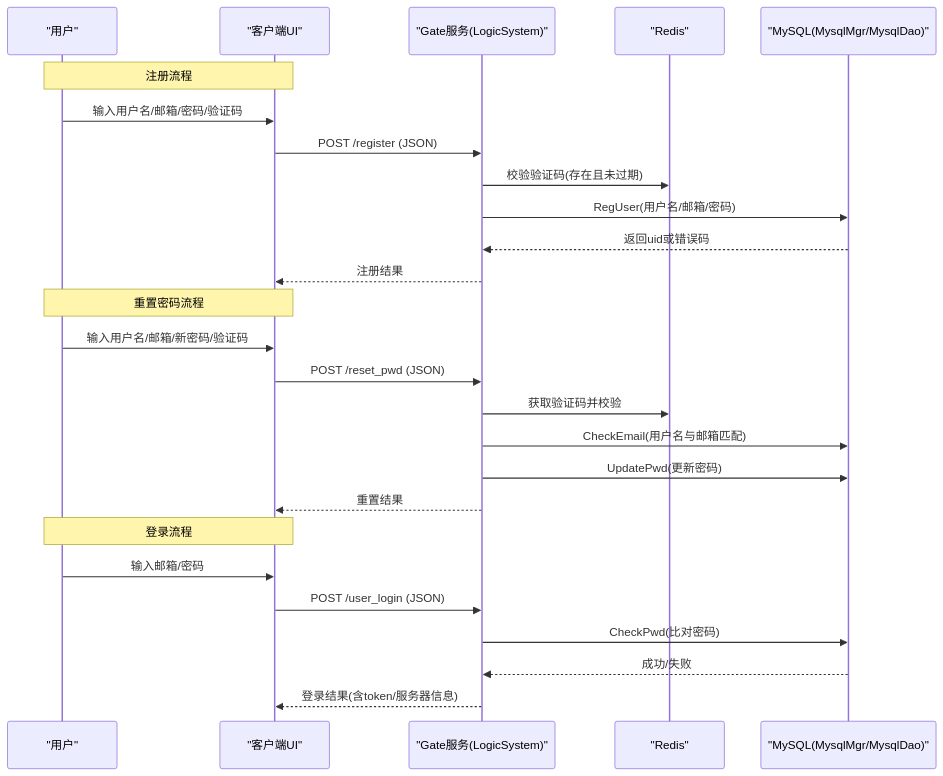
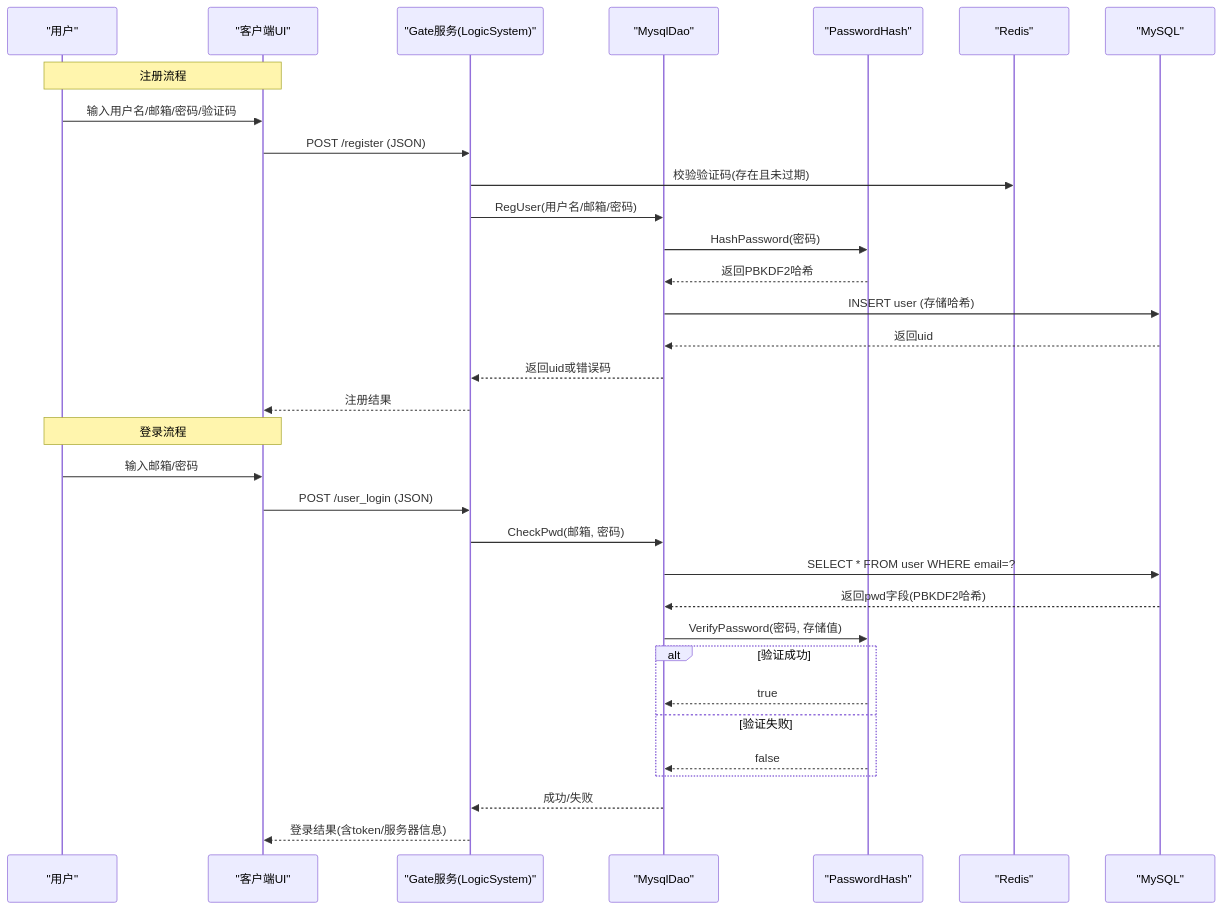
The second of 9 diagrams in .qoder/repowiki/zh/content/安全设计/身份认证系统/密码安全策略.md (echo9923/mychatter), drawn with Mermaid before and after one commit. The commit also changed other lines of this file and 58 other files, not shown here.

````diff
--- a/.qoder/repowiki/zh/content/安全设计/身份认证系统/密码安全策略.md
+++ b/.qoder/repowiki/zh/content/安全设计/身份认证系统/密码安全策略.md
@@ -115,28 +132,35 @@
 ```mermaid
 sequenceDiagram
 participant U as "用户"
 participant C as "客户端UI"
 participant G as "Gate服务(LogicSystem)"
+participant D as "MysqlDao"
+participant PH as "PasswordHash"
 participant R as "Redis"
-participant D as "MySQL(MysqlMgr/MysqlDao)"
+participant DB as "MySQL"
 Note over U,C : 注册流程
 U->>C : 输入用户名/邮箱/密码/验证码
 C->>G : POST /register (JSON)
 G->>R : 校验验证码(存在且未过期)
 G->>D : RegUser(用户名/邮箱/密码)
+D->>PH : HashPassword(密码)
+PH-->>D : 返回PBKDF2哈希
+D->>DB : INSERT user (存储哈希)
+DB-->>D : 返回uid
 D-->>G : 返回uid或错误码
 G-->>C : 注册结果
-Note over U,C : 重置密码流程
-U->>C : 输入用户名/邮箱/新密码/验证码
-C->>G : POST /reset_pwd (JSON)
-G->>R : 获取验证码并校验
-G->>D : CheckEmail(用户名与邮箱匹配)
-G->>D : UpdatePwd(更新密码)
-G-->>C : 重置结果
 Note over U,C : 登录流程
 U->>C : 输入邮箱/密码
 C->>G : POST /user_login (JSON)
-G->>D : CheckPwd(比对密码)
+G->>D : CheckPwd(邮箱, 密码)
+D->>DB : SELECT * FROM user WHERE email=?
+DB-->>D : 返回pwd字段(PBKDF2哈希)
+D->>PH : VerifyPassword(密码, 存储值)
+alt 验证成功
+PH-->>D : true
+else 验证失败
+PH-->>D : false
+end
 D-->>G : 成功/失败
 G-->>C : 登录结果(含token/服务器信息)
 ```
````
